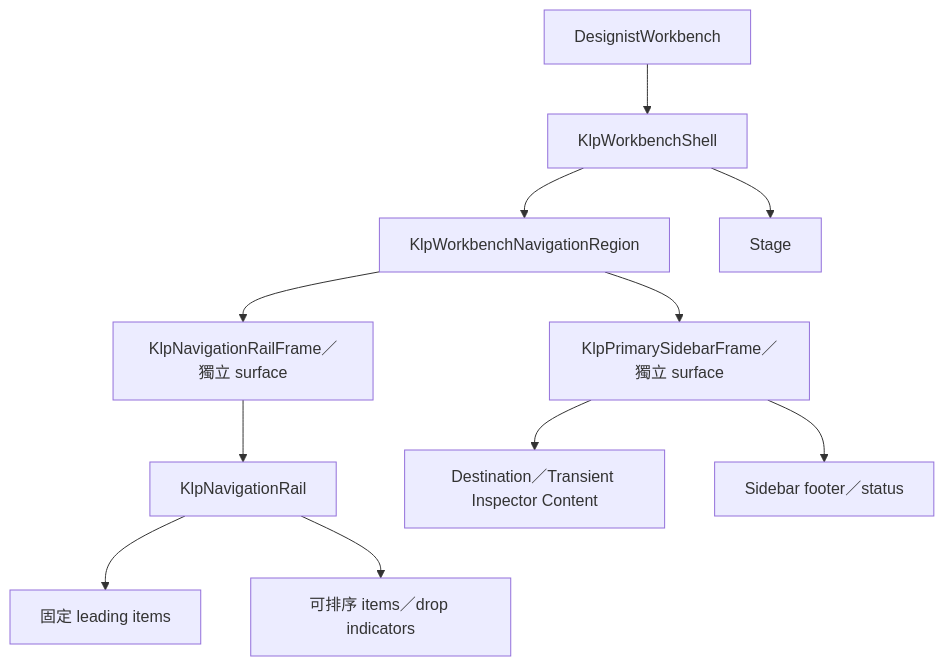
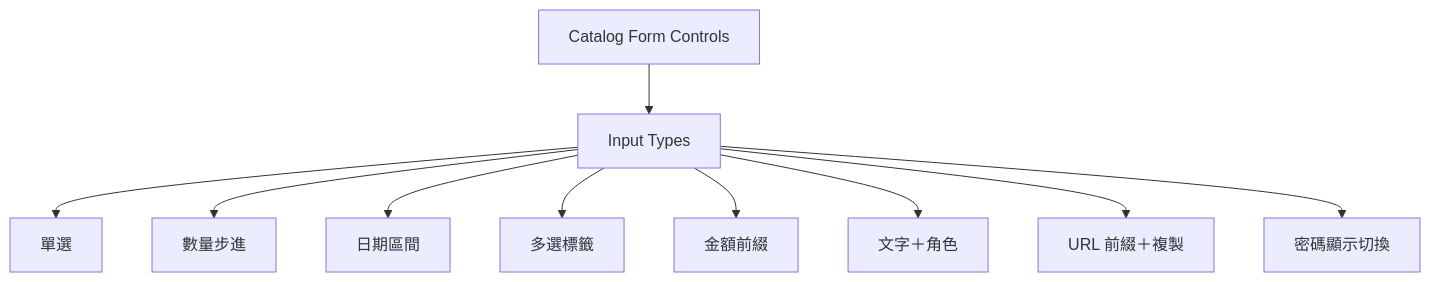
One commit to MiuDog/Kallopis changed the third of 3 diagrams in .agents/skills/kallopis-design-contract/references/design-knowledge/screen-composition.md. Above: the diagram before and after it, drawn with Mermaid. The commit also changed other lines of this file and 1105 other files, not shown here.

Commit message:
refactor: establish semantic design architecture

````diff
--- a/.agents/skills/kallopis-design-contract/references/design-knowledge/screen-composition.md
+++ b/.agents/skills/kallopis-design-contract/references/design-knowledge/screen-composition.md
@@ -15,13 +132,12 @@
 ```mermaid
 flowchart TD
-    Screen[DesignistWorkbench] --> Shell[KlpWorkbenchShell]
-    Shell --> Primary[KlpWorkbenchNavigationRegion]
-    Primary --> RailFrame[KlpNavigationRailFrame／獨立 surface]
-    RailFrame --> Rail[KlpNavigationRail]
-    Rail --> Leading[固定 leading items]
-    Rail --> Ordered[可排序 items／drop indicators]
-    Primary --> Sidebar[KlpPrimarySidebarFrame／獨立 surface]
-    Shell --> Stage[Stage]
-    Sidebar --> ProductContent[Destination／Transient Inspector Content]
-    Sidebar --> Status[Sidebar footer／status]
+	FormControls[Catalog Form Controls] --> InputTypes[Input Types]
+	InputTypes --> Select[單選]
+	InputTypes --> Quantity[數量步進]
+	InputTypes --> DateRange[日期區間]
+	InputTypes --> MultiSelect[多選標籤]
+	InputTypes --> Amount[金額前綴]
+	InputTypes --> Compound[文字＋角色]
+	InputTypes --> Url[URL 前綴＋複製]
+	InputTypes --> Password[密碼顯示切換]
 ```
````
